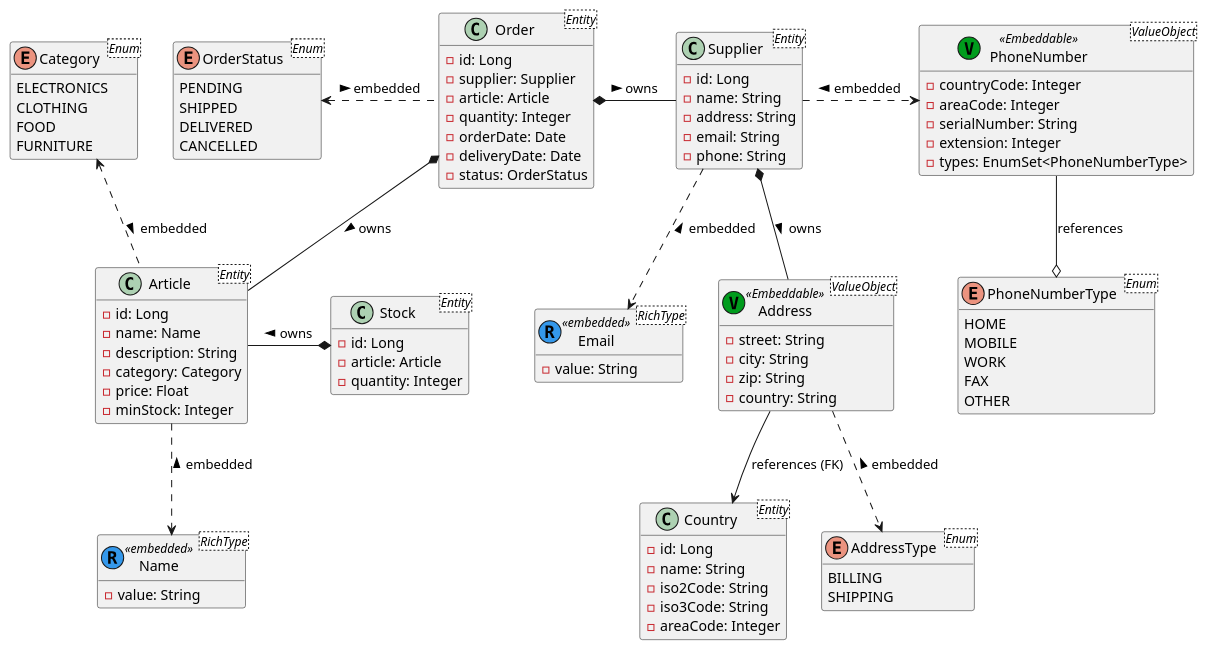
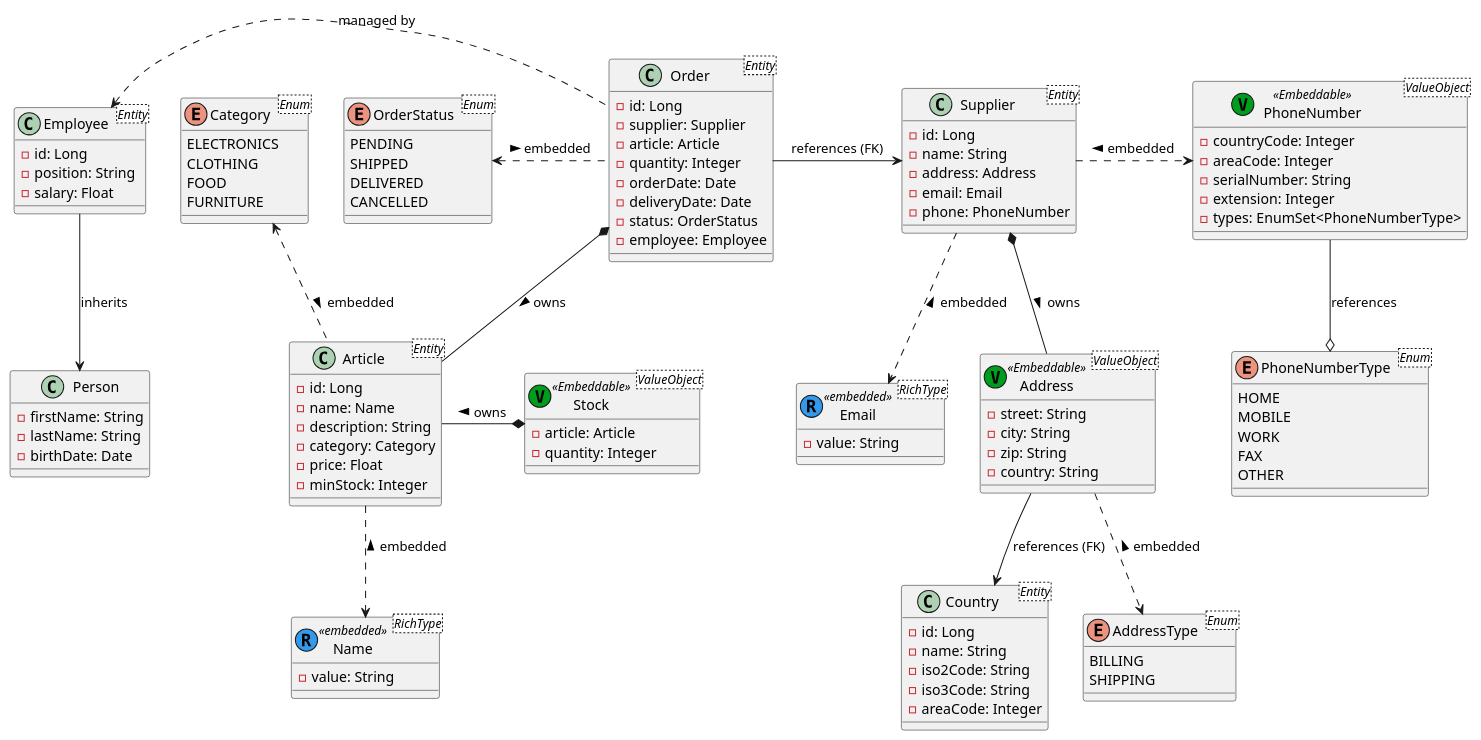
The diagram in src/main/puml/domain-model.puml (vincentkalwoda/InventoryHub), drawn with PlantUML before and after one commit.

Commit message:
Updated UML

```diff
--- a/src/main/puml/domain-model.puml
+++ b/src/main/puml/domain-model.puml
@@ -1,112 +1,122 @@
 @startuml
-'https://plantuml.com/class-diagram
-
-'Ein System zur Verwaltung des Inventars eines Unternehmens oder Lagers. Das System verfolgt Artikel, Bestände, Lieferanten und Bestellungen und kann helfen, das Inventar in Echtzeit zu überwachen und Bestände effizient aufzufüllen
-
-hide methods
+'hide methods
 
 class Article <Entity> {
     - id: Long
     - name: Name
     - description: String
     - category: Category
     - price: Float
     - minStock: Integer
 }
 
-class Stock <Entity> {
-    - id: Long
+class Stock <ValueObject> <<(V, #009c1d) Embeddable >> {
     - article: Article
     - quantity: Integer
 }
 
 class Supplier <Entity> {
     - id: Long
     - name: String
-    - address: String
-    - email: String
-    - phone: String
+    - address: Address
+    - email: Email
+    - phone: PhoneNumber
+}
+
+class Employee <Entity> {
+    - id: Long
+    - position: String
+    - salary: Float
+}
+
+class Person {
+    - firstName: String
+    - lastName: String
+    - birthDate: Date
 }
 
 class Email <RichType> <<(R, #3498eb) embedded >> {
     - value: String
 }
 
 class PhoneNumber <ValueObject> <<(V, #009c1d) Embeddable >> {
     - countryCode: Integer
     - areaCode: Integer
     - serialNumber: String
     - extension: Integer
     - types: EnumSet<PhoneNumberType>
 }
 
 enum PhoneNumberType <Enum> {
     HOME
     MOBILE
     WORK
     FAX
     OTHER
 }
 
 class Address <ValueObject> <<(V, #009c1d) Embeddable >> {
     - street: String
     - city: String
     - zip: String
     - country: String
 }
 
 enum AddressType <Enum> {
     BILLING
     SHIPPING
 }
 
 class Country <Entity> {
     - id: Long
     - name: String
     - iso2Code: String
     - iso3Code: String
     - areaCode: Integer
 }
 
 class Order <Entity> {
     - id: Long
     - supplier: Supplier
     - article: Article
     - quantity: Integer
     - orderDate: Date
     - deliveryDate: Date
     - status: OrderStatus
+    - employee: Employee
 }
 
 enum OrderStatus <Enum> {
     PENDING
     SHIPPED
     DELIVERED
     CANCELLED
 }
 
 class Name <RichType> <<(R, #3498eb) embedded >> {
     - value: String
 }
 
 enum Category <Enum> {
     ELECTRONICS
     CLOTHING
     FOOD
     FURNITURE
 }
 
+Employee --> Person : inherits
 Article .up.> Category : < embedded
 Article .down.> Name : < embedded
 Stock *-left- Article : > owns
-Order *-right- Supplier : > owns
+Order -right-> Supplier : references (FK)
 Order *-- Article : > owns
 Order .left.> OrderStatus : < embedded
 Supplier .down.> Email : < embedded
 Supplier .right.> PhoneNumber : < embedded
 PhoneNumber -down-o PhoneNumberType : references
 Supplier *-down- Address : > owns
 Address -down-> Country : references (FK)
 Address .down.> AddressType : < embedded
+Order .left.> Employee : "managed by"
 
 @enduml
```
